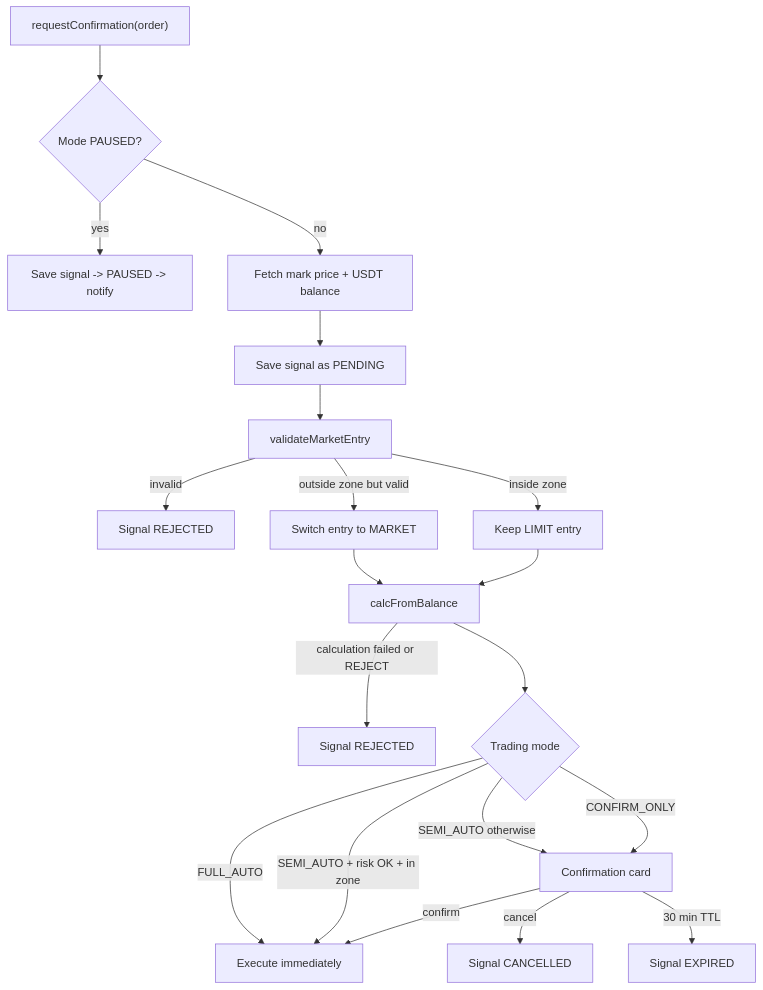
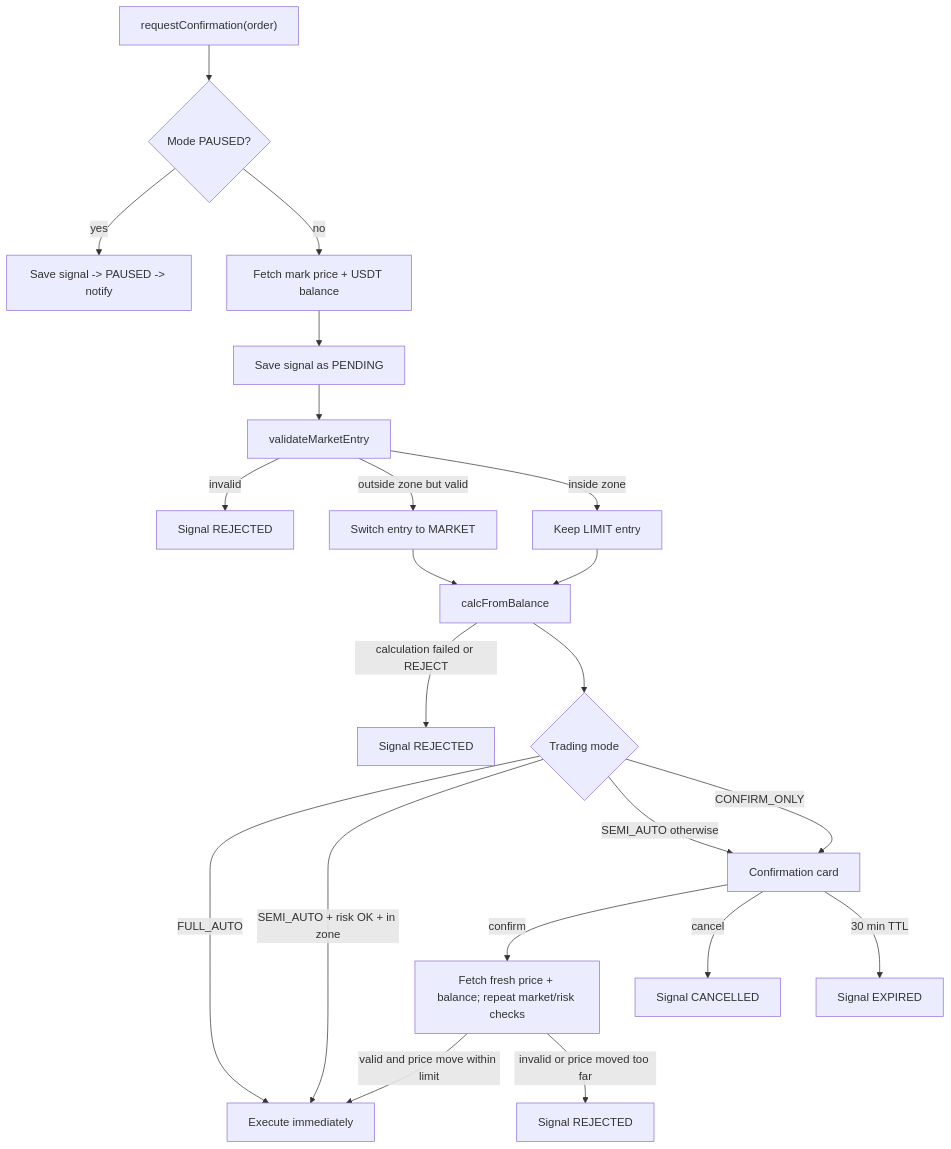
The second of 3 diagrams in docs/FLOWS.md (SamuiRo/EADrift), drawn with Mermaid before and after one commit. The commit also changed other lines of this file and 14 other files, not shown here.

````diff
--- a/docs/FLOWS.md
+++ b/docs/FLOWS.md
@@ -41,22 +46,24 @@
 ```mermaid
 flowchart TD
     A["requestConfirmation(order)"] --> B{"Mode PAUSED?"}
     B -->|yes| BP["Save signal -> PAUSED -> notify"]
     B -->|no| C["Fetch mark price + USDT balance"]
     C --> D["Save signal as PENDING"]
     D --> E["validateMarketEntry"]
     E -->|invalid| R1["Signal REJECTED"]
     E -->|outside zone but valid| M["Switch entry to MARKET"]
     E -->|inside zone| L["Keep LIMIT entry"]
     M --> G["calcFromBalance"]
     L --> G
     G -->|calculation failed or REJECT| R2["Signal REJECTED"]
     G --> H{"Trading mode"}
     H -->|FULL_AUTO| X["Execute immediately"]
     H -->|"SEMI_AUTO + risk OK + in zone"| X
     H -->|SEMI_AUTO otherwise| K["Confirmation card"]
     H -->|CONFIRM_ONLY| K
-    K -->|confirm| X
+    K -->|confirm| Q["Fetch fresh price + balance; repeat market/risk checks"]
+    Q -->|valid and price move within limit| X
+    Q -->|invalid or price moved too far| R3["Signal REJECTED"]
     K -->|cancel| C1["Signal CANCELLED"]
     K -->|30 min TTL| E1["Signal EXPIRED"]
 ```
````
